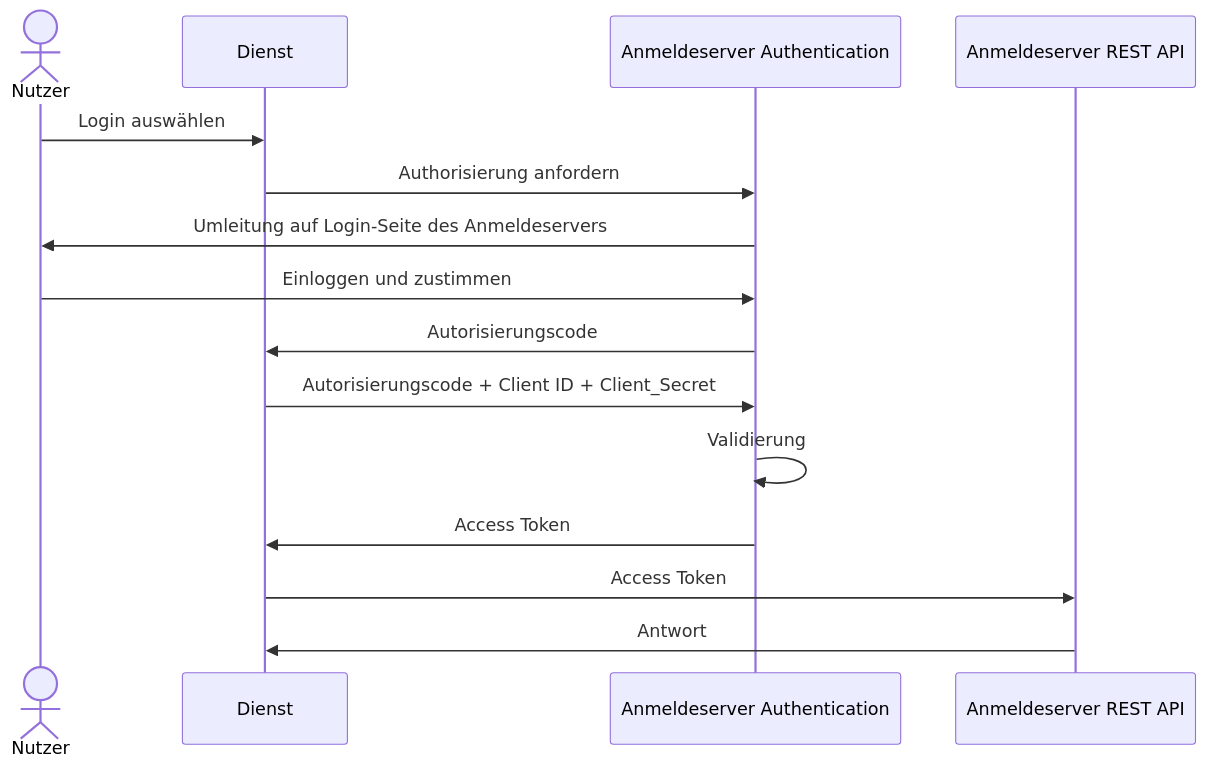
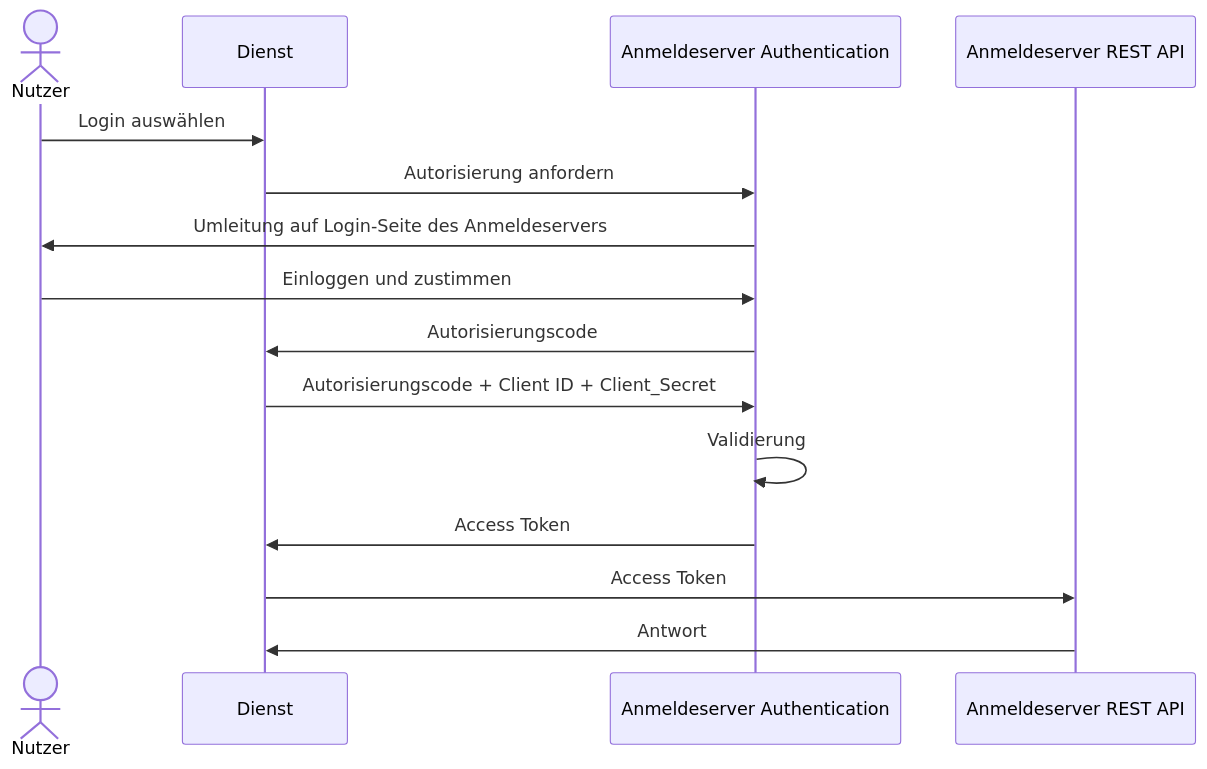
Before and after one commit to Schulconnex/Schulconnex: the diagram in docs/schnittstellen/autorisierung-dienste.md, drawn with Mermaid. The commit also changed 8 other files, not shown here.

````diff
--- a/docs/schnittstellen/autorisierung-dienste.md
+++ b/docs/schnittstellen/autorisierung-dienste.md
@@ -30,17 +30,17 @@
 ```mermaid
 sequenceDiagram
   actor N as Nutzer
   participant D as Dienst
   participant Auth as Anmeldeserver Authentication
   participant API as Anmeldeserver REST API
   N->>D: Login auswählen
-  D->>Auth: Authorisierung anfordern
+  D->>Auth: Autorisierung anfordern
   Auth->>N: Umleitung auf Login-Seite des Anmeldeservers
   N->>Auth: Einloggen und zustimmen
   Auth->>D: Autorisierungscode
   D->>Auth: Autorisierungscode + Client ID + Client_Secret
   Auth->>Auth: Validierung
   Auth->>D: Access Token
   D->>API: Access Token
   API->>D: Antwort
 ```
````
